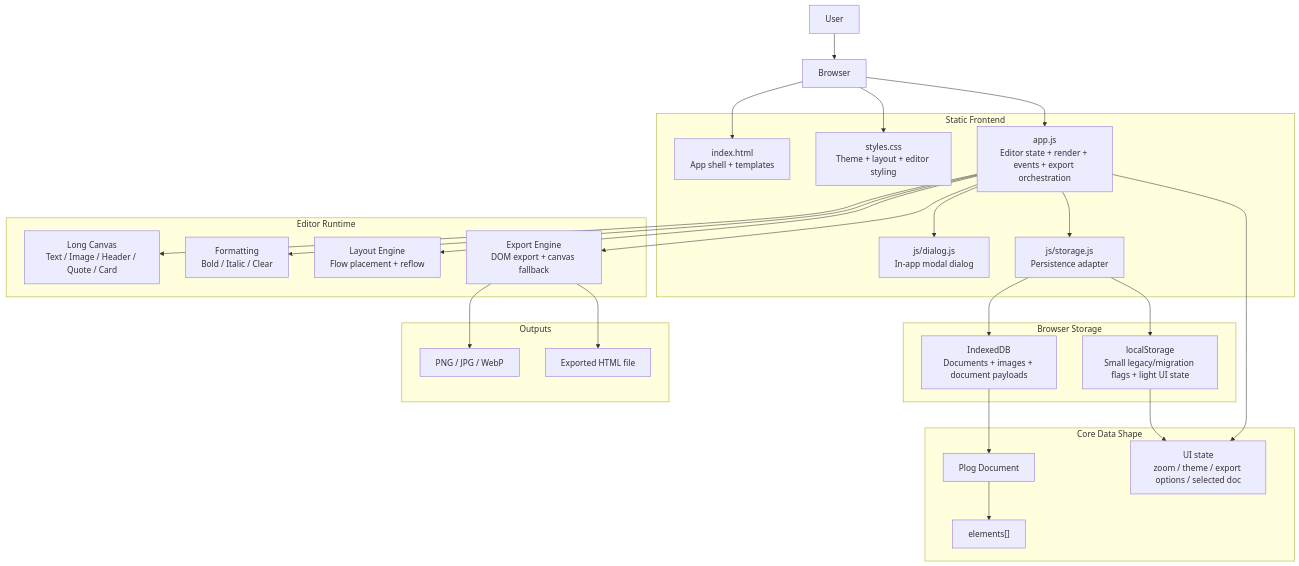
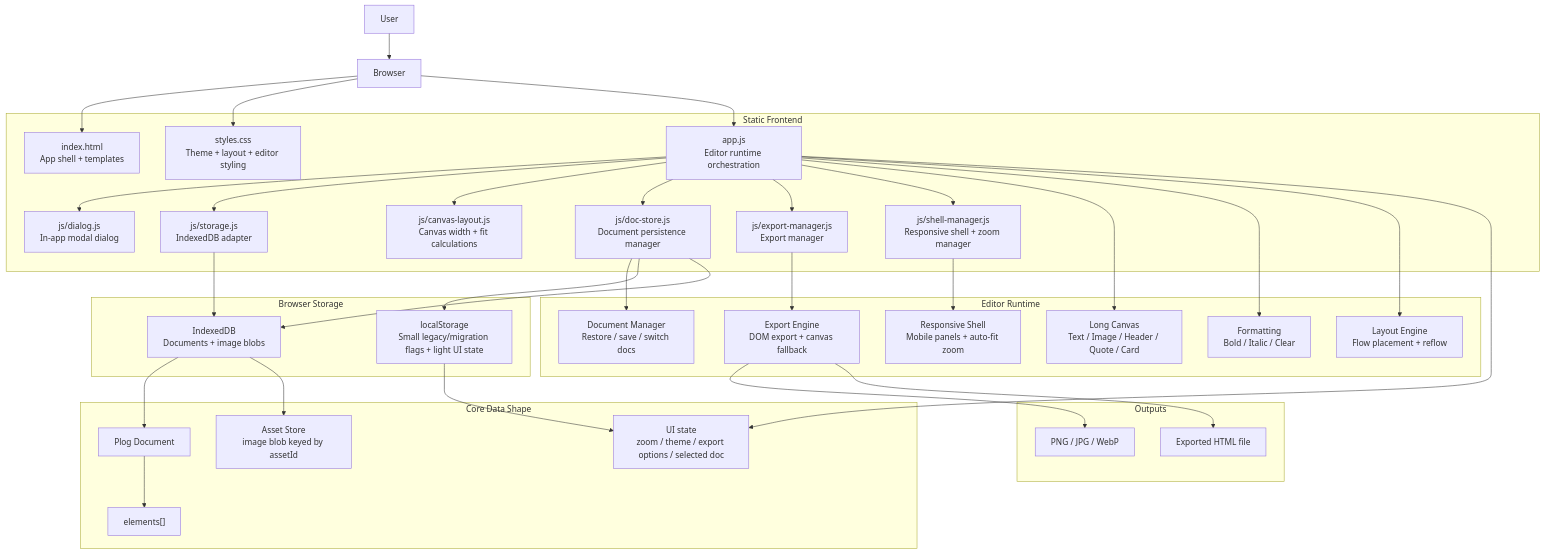
The diagram in archi.mermaid (Amphetaminimum/plog_editor), drawn with Mermaid before and after one commit. The commit also changed 6 other files, not shown here.

First line of the commit message:
Modularize editor runtime managers

```diff
--- a/archi.mermaid
+++ b/archi.mermaid
@@ -1,55 +1,70 @@
 flowchart TB
     U["User"] --> B["Browser"]
 
     subgraph FE["Static Frontend"]
         H["index.html<br/>App shell + templates"]
         S["styles.css<br/>Theme + layout + editor styling"]
-        A["app.js<br/>Editor state + render + events + export orchestration"]
+        A["app.js<br/>Editor runtime orchestration"]
         D["js/dialog.js<br/>In-app modal dialog"]
-        ST["js/storage.js<br/>Persistence adapter"]
+        ST["js/storage.js<br/>IndexedDB adapter"]
+        CL["js/canvas-layout.js<br/>Canvas width + fit calculations"]
+        DS["js/doc-store.js<br/>Document persistence manager"]
+        EX["js/export-manager.js<br/>Export manager"]
+        SH["js/shell-manager.js<br/>Responsive shell + zoom manager"]
     end
 
     B --> H
     B --> S
     B --> A
     A --> D
     A --> ST
+    A --> CL
+    A --> DS
+    A --> EX
+    A --> SH
 
     subgraph EDIT["Editor Runtime"]
         C["Long Canvas<br/>Text / Image / Header / Quote / Card"]
         F["Formatting<br/>Bold / Italic / Clear"]
         L["Layout Engine<br/>Flow placement + reflow"]
         E["Export Engine<br/>DOM export + canvas fallback"]
+        R["Responsive Shell<br/>Mobile panels + auto-fit zoom"]
+        M["Document Manager<br/>Restore / save / switch docs"]
     end
 
     A --> C
     A --> F
     A --> L
-    A --> E
+    EX --> E
+    SH --> R
+    DS --> M
 
     subgraph STORE["Browser Storage"]
-        IDB["IndexedDB<br/>Documents + images + document payloads"]
+        IDB["IndexedDB<br/>Documents + image blobs"]
         LS["localStorage<br/>Small legacy/migration flags + light UI state"]
     end
 
     ST --> IDB
-    ST --> LS
+    DS --> LS
+    DS --> IDB
 
     subgraph OUT["Outputs"]
         PNG["PNG / JPG / WebP"]
         HTML["Exported HTML file"]
     end
 
     E --> PNG
     E --> HTML
 
     subgraph DATA["Core Data Shape"]
         DOC["Plog Document"]
         ELS["elements[]"]
         UI["UI state<br/>zoom / theme / export options / selected doc"]
+        ASSET["Asset Store<br/>image blob keyed by assetId"]
     end
 
     IDB --> DOC
     DOC --> ELS
+    IDB --> ASSET
     LS --> UI
     A --> UI
```
